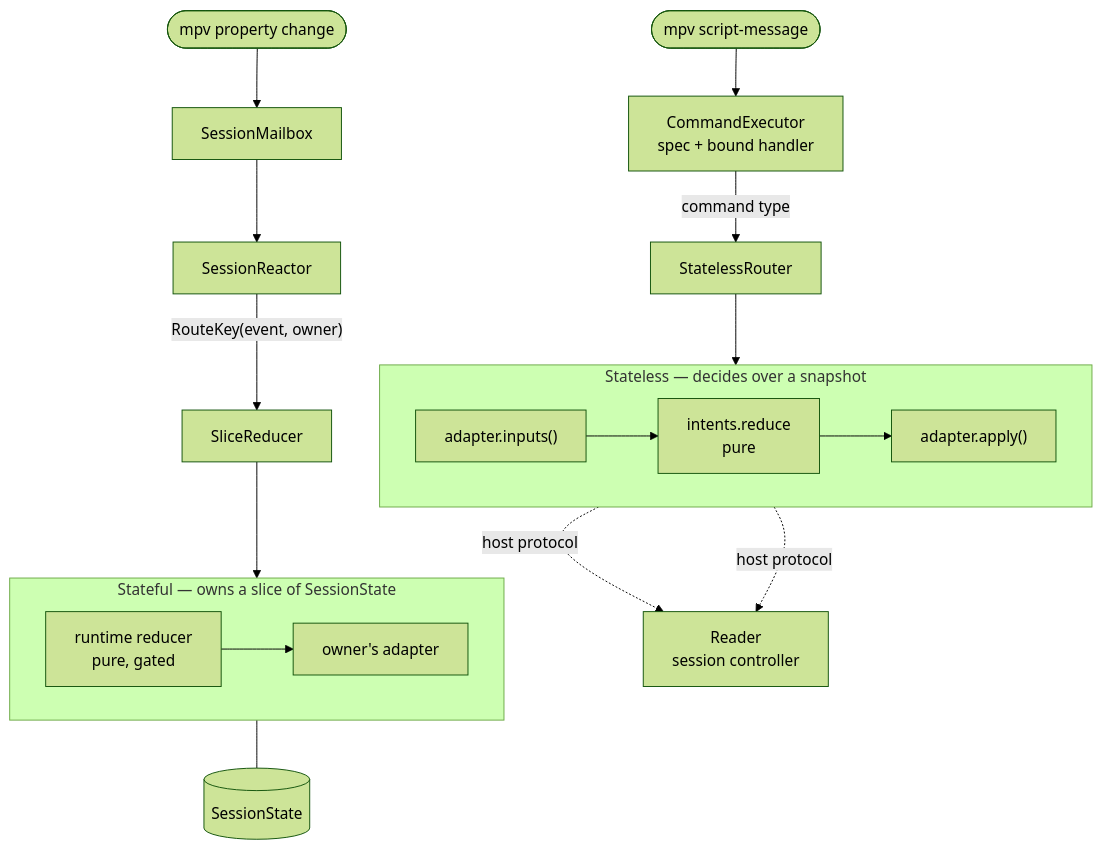
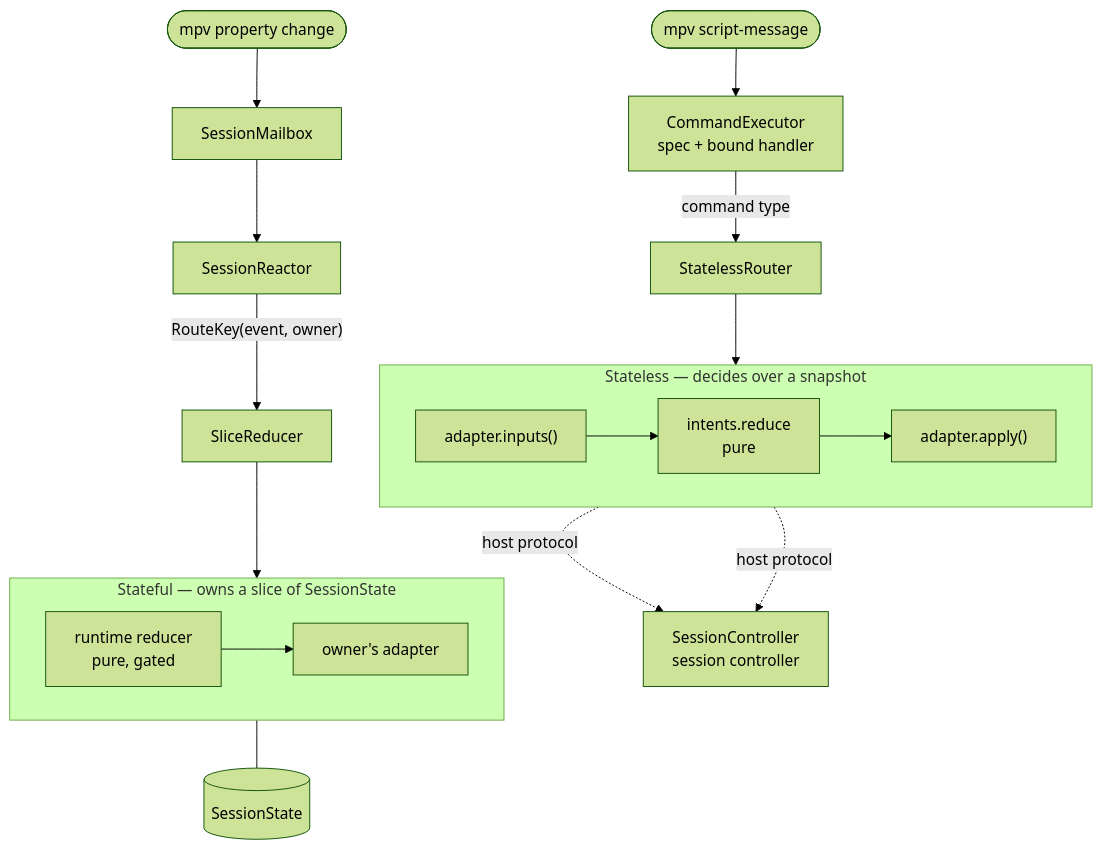
Before and after one commit to serjflint/saitenka: the diagram in ARCHITECTURE.md, drawn with Mermaid (forest theme). The commit also changed other lines of this file and 174 other files, not shown here.

Commit message:
refactor: rename Reader to SessionController

````diff
--- a/ARCHITECTURE.md
+++ b/ARCHITECTURE.md
@@ -121,25 +122,25 @@
 ```mermaid
 flowchart TB
     key(["mpv script-message"]) --> exec["CommandExecutor<br/>spec + bound handler"]
     exec -->|command type| srouter["StatelessRouter"]
     obs(["mpv property change"]) --> mailbox["SessionMailbox"]
     mailbox --> reactor["SessionReactor"]
     reactor -->|"RouteKey(event, owner)"| slice["SliceReducer"]
 
     subgraph L1["Stateless — decides over a snapshot"]
         direction LR
         gather["adapter.inputs()"] --> policy["intents.reduce<br/>pure"]
         policy --> perform["adapter.apply()"]
     end
 
     subgraph L2["Stateful — owns a slice of SessionState"]
         direction LR
         reduce["runtime reducer<br/>pure, gated"] --> owner["owner's adapter"]
     end
 
     srouter --> L1
     slice --> L2
-    gather -. "host protocol" .-> host["Reader<br/>session controller"]
+    gather -. "host protocol" .-> host["SessionController<br/>session controller"]
     perform -. "host protocol" .-> host
     reduce --- state[(SessionState)]
 ```
````
